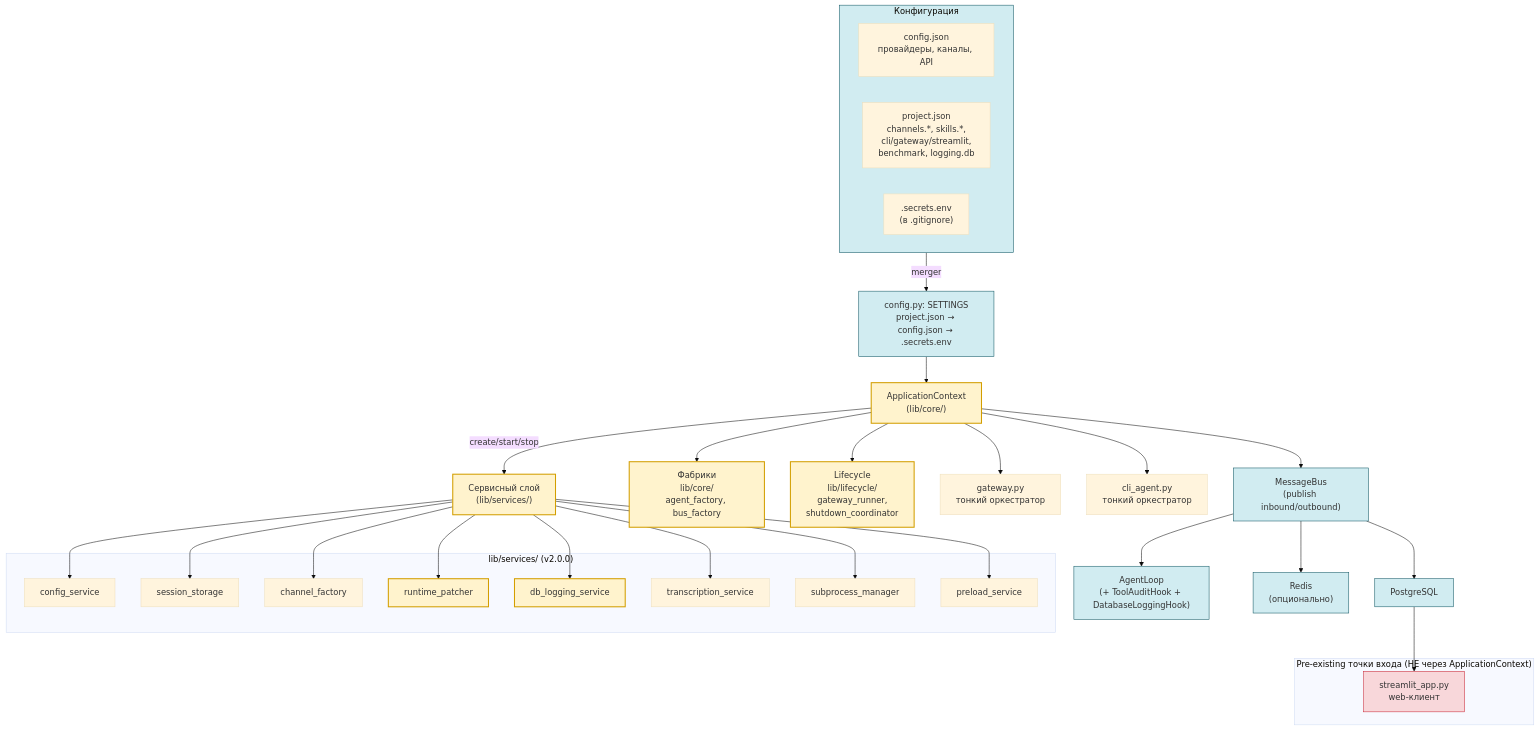
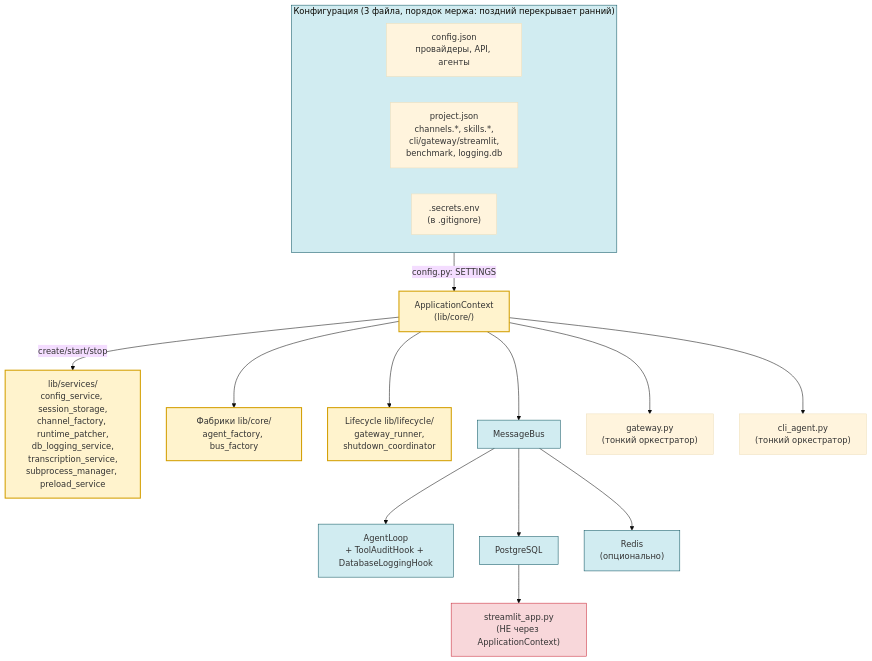
One commit to AlexEgorov85/workspaces_nanobot changed the diagram in README.md. Above: the diagram before and after it, drawn with Mermaid (base theme). The commit also changed other lines of this file and 19 other files, not shown here.

````diff
--- a/README.md
+++ b/README.md
@@ -87,64 +213,36 @@
 ```mermaid
 flowchart TB
-    %% Конфигурация
-    subgraph CFG["Конфигурация"]
-        CONFIG["config.json<br>провайдеры, каналы, API"]
+    subgraph CFG["Конфигурация (3 файла, порядок мержа: поздний перекрывает ранний)"]
+        CONFIG["config.json<br>провайдеры, API, агенты"]
         PROJECT["project.json<br>channels.*, skills.*,<br>cli/gateway/streamlit,<br>benchmark, logging.db"]
         SECRETS[".secrets.env<br>(в .gitignore)"]
     end
 
-    %% SETTINGS
-    CFG -->|"merger"| SETTINGS["config.py: SETTINGS<br>project.json → config.json → .secrets.env"]
+    CFG -->|"config.py: SETTINGS"| CTX["ApplicationContext<br>(lib/core/)"]
+    CTX -->|"create/start/stop"| SVC["lib/services/<br>config_service, session_storage,<br>channel_factory, runtime_patcher,<br>db_logging_service,<br>transcription_service,<br>subprocess_manager, preload_service"]
+    CTX --> CORE["Фабрики lib/core/<br>agent_factory, bus_factory"]
+    CTX --> LIFE["Lifecycle lib/lifecycle/<br>gateway_runner,<br>shutdown_coordinator"]
 
-    %% Bootstrap
-    SETTINGS --> CTX["ApplicationContext<br>(lib/core/)"]
-    CTX -->|"create/start/stop"| SVC["Сервисный слой<br>(lib/services/)"]
-    CTX --> CORE["Фабрики<br>lib/core/<br>agent_factory, bus_factory"]
-    CTX --> LIFE["Lifecycle<br>lib/lifecycle/<br>gateway_runner,<br>shutdown_coordinator"]
+    BUS["MessageBus"]
+    CTX --> BUS
+    BUS --> AGENT["AgentLoop<br>+ ToolAuditHook + DatabaseLoggingHook"]
 
-    %% Сервисы
-    subgraph SERVICES["lib/services/ (v2.0.0)"]
-        CFG_SVC["config_service"]
-        SESS_SVC["session_storage"]
-        CHAN_SVC["channel_factory"]
-        PATCHER["runtime_patcher"]
-        LOG_SVC["db_logging_service"]
-        TRANS_SVC["transcription_service"]
-        SUB_SVC["subprocess_manager"]
-        PRELOAD["preload_service"]
-    end
-
-    SVC --> CFG_SVC & SESS_SVC & CHAN_SVC & PATCHER & LOG_SVC & TRANS_SVC & SUB_SVC & PRELOAD
-
-    %% Точки входа
-    GATEWAY["gateway.py\nтонкий оркестратор"]
-    CLI["cli_agent.py\nтонкий оркестратор"]
+    GATEWAY["gateway.py<br>(тонкий оркестратор)"]
+    CLI["cli_agent.py<br>(тонкий оркестратор)"]
     CTX --> GATEWAY
     CTX --> CLI
 
-    %% Шина
-    BUS["MessageBus<br>(publish inbound/outbound)"]
-    CTX --> BUS
-    BUS --> AGENT["AgentLoop<br>(+ ToolAuditHook + DatabaseLoggingHook)"]
-
-    %% Pre-existing (не через ApplicationContext)
-    subgraph LEGACY["Pre-existing точки входа (НЕ через ApplicationContext)"]
-        STREAMLIT["streamlit_app.py\nweb-клиент"]
-    end
-
-    %% Каналы
+    STREAMLIT["streamlit_app.py<br>(НЕ через ApplicationContext)"]
     PG["PostgreSQL"]
     REDIS["Redis<br>(опционально)"]
     BUS --> PG
     BUS --> REDIS
     PG --> STREAMLIT
 
-    %% Стили
     classDef v2 fill:#fff3cd,stroke:#d39e00,stroke-width:2px
     classDef legacy fill:#f8d7da,stroke:#c82333
     classDef infra fill:#d1ecf1,stroke:#0c5460
-
-    class CTX,CORE,LIFE,SVC,LOG_SVC,PATCHER v2
+    class CTX,CORE,LIFE,SVC v2
     class STREAMLIT legacy
-    class CFG,SETTINGS,BUS,PG,REDIS,AGENT infra
+    class CFG,BUS,PG,REDIS,AGENT infra
 ```
````
